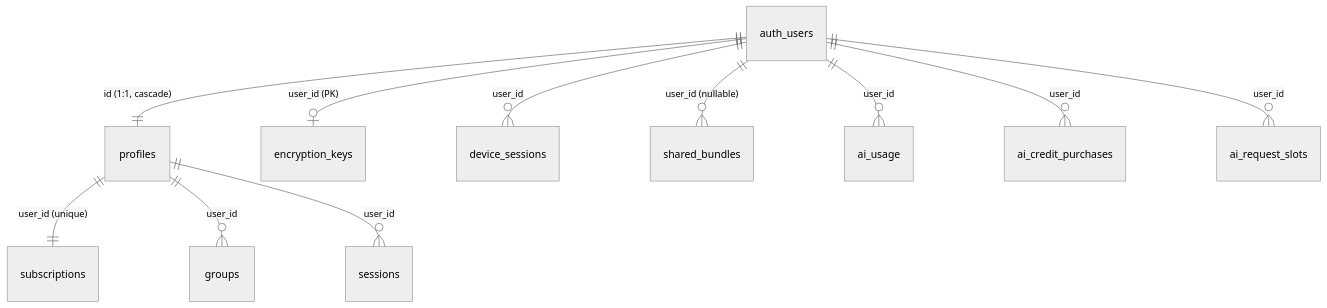
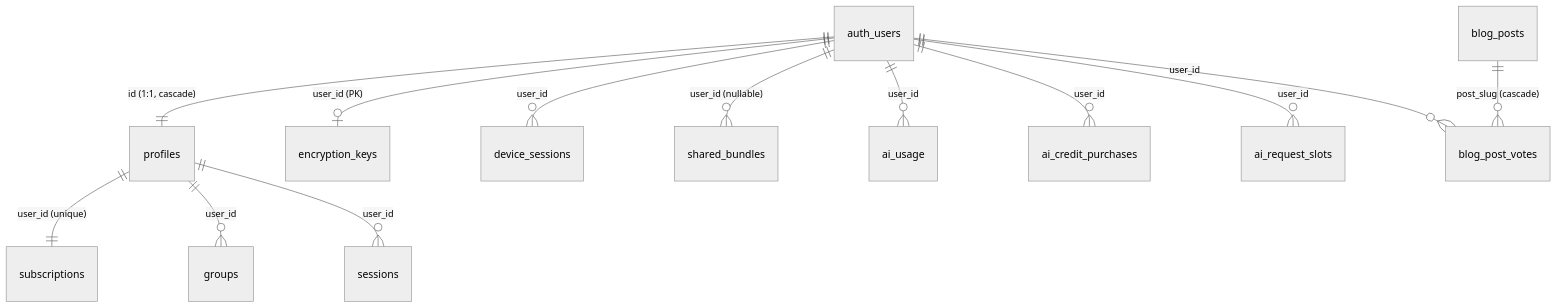
One commit to lbragile/TabMerger changed the diagram in docs/database-schema.md. Above: the diagram before and after it, drawn with Mermaid (neutral theme). The commit also changed other lines of this file and 8 other files, not shown here.

First line of the commit message:
feat(web): database tables for blog Helpful votes (#132)

````diff
--- a/docs/database-schema.md
+++ b/docs/database-schema.md
@@ -294,13 +322,15 @@
 ```mermaid
 erDiagram
     auth_users ||--|| profiles : "id (1:1, cascade)"
     profiles ||--|| subscriptions : "user_id (unique)"
     profiles ||--o{ groups : "user_id"
     profiles ||--o{ sessions : "user_id"
     auth_users ||--o| encryption_keys : "user_id (PK)"
     auth_users ||--o{ device_sessions : "user_id"
     auth_users ||--o{ shared_bundles : "user_id (nullable)"
     auth_users ||--o{ ai_usage : "user_id"
     auth_users ||--o{ ai_credit_purchases : "user_id"
     auth_users ||--o{ ai_request_slots : "user_id"
+    auth_users ||--o{ blog_post_votes : "user_id"
+    blog_posts ||--o{ blog_post_votes : "post_slug (cascade)"
 ```
````
